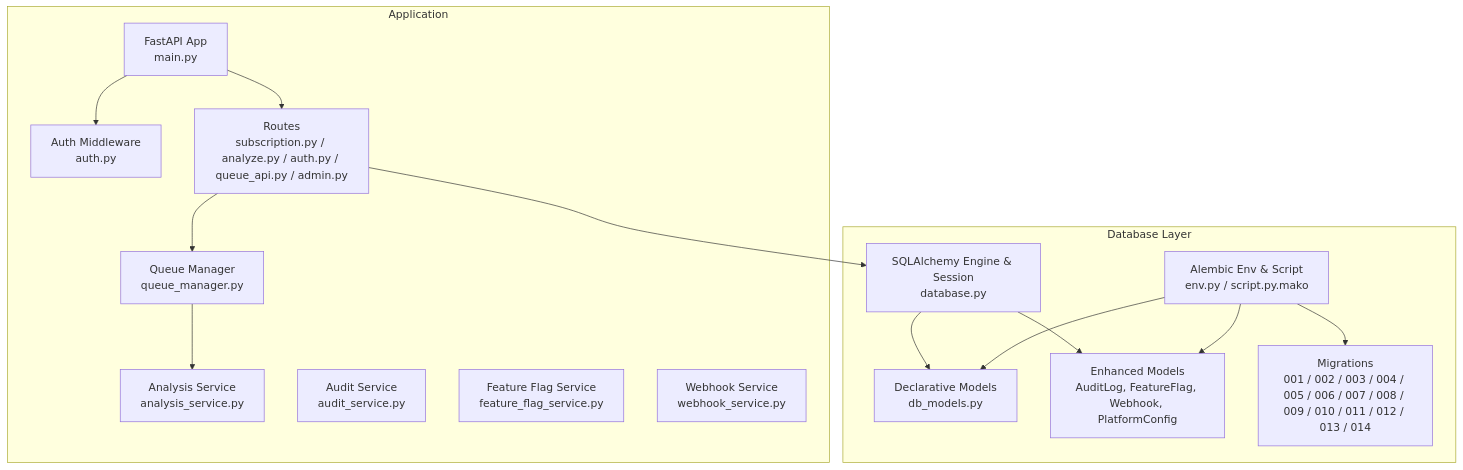
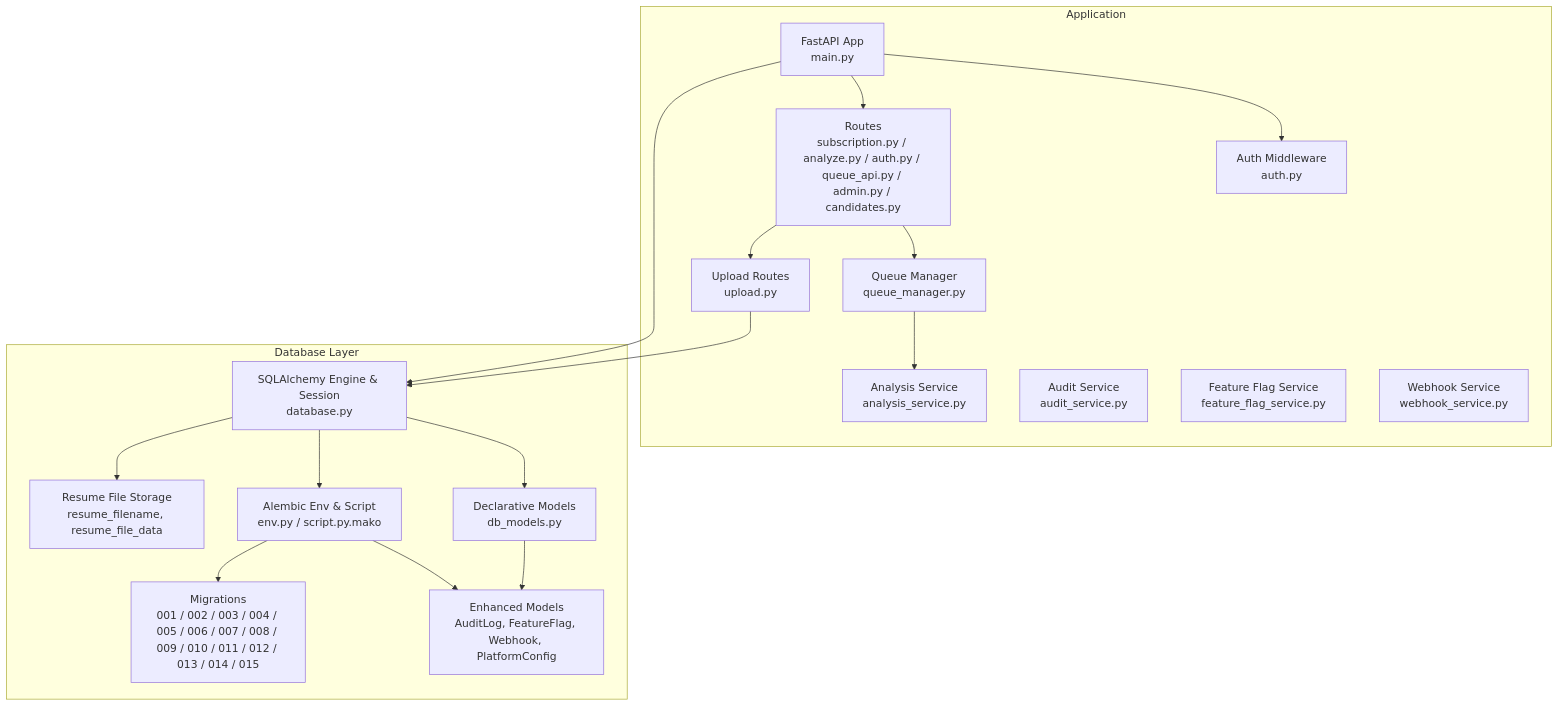
Before and after one commit to Revanththetalogics/aireume: the first of 11 diagrams in .qoder/repowiki/en/content/Database Design/Database Design.md, drawn with Mermaid. The commit also changed other lines of this file and 7 other files, not shown here.

````diff
--- a/.qoder/repowiki/en/content/Database Design/Database Design.md
+++ b/.qoder/repowiki/en/content/Database Design/Database Design.md
@@ -67,30 +69,35 @@
 ```mermaid
 graph TB
 subgraph "Application"
 A["FastAPI App<br/>main.py"]
 B["Auth Middleware<br/>auth.py"]
-C["Routes<br/>subscription.py / analyze.py / auth.py / queue_api.py / admin.py"]
+C["Routes<br/>subscription.py / analyze.py / auth.py / queue_api.py / admin.py / candidates.py"]
 D["Queue Manager<br/>queue_manager.py"]
 E["Analysis Service<br/>analysis_service.py"]
 F["Audit Service<br/>audit_service.py"]
 G["Feature Flag Service<br/>feature_flag_service.py"]
 H["Webhook Service<br/>webhook_service.py"]
+I["Upload Routes<br/>upload.py"]
 end
 subgraph "Database Layer"
-I["SQLAlchemy Engine & Session<br/>database.py"]
-J["Declarative Models<br/>db_models.py"]
-K["Alembic Env & Script<br/>env.py / script.py.mako"]
-L["Enhanced Models<br/>AuditLog, FeatureFlag, Webhook, PlatformConfig"]
-M["Migrations<br/>001 / 002 / 003 / 004 / 005 / 006 / 007 / 008 / 009 / 010 / 011 / 012 / 013 / 014"]
+J["SQLAlchemy Engine & Session<br/>database.py"]
+K["Declarative Models<br/>db_models.py"]
+L["Alembic Env & Script<br/>env.py / script.py.mako"]
+M["Enhanced Models<br/>AuditLog, FeatureFlag, Webhook, PlatformConfig"]
+N["Migrations<br/>001 / 002 / 003 / 004 / 005 / 006 / 007 / 008 / 009 / 010 / 011 / 012 / 013 / 014 / 015"]
+O["Resume File Storage<br/>resume_filename, resume_file_data"]
 end
 A --> B
 A --> C
 C --> D
 D --> E
 C --> I
 I --> J
-I --> L
-K --> J
-K --> L
+A --> J
+J --> K
+J --> L
+J --> O
 K --> M
+L --> M
+L --> N
 ```
````
